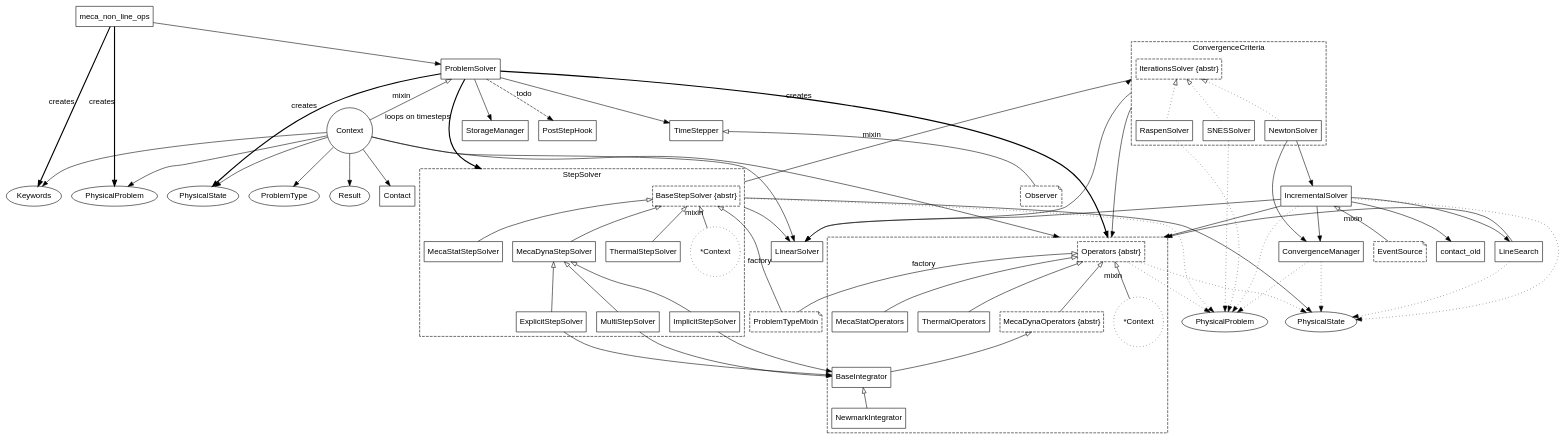
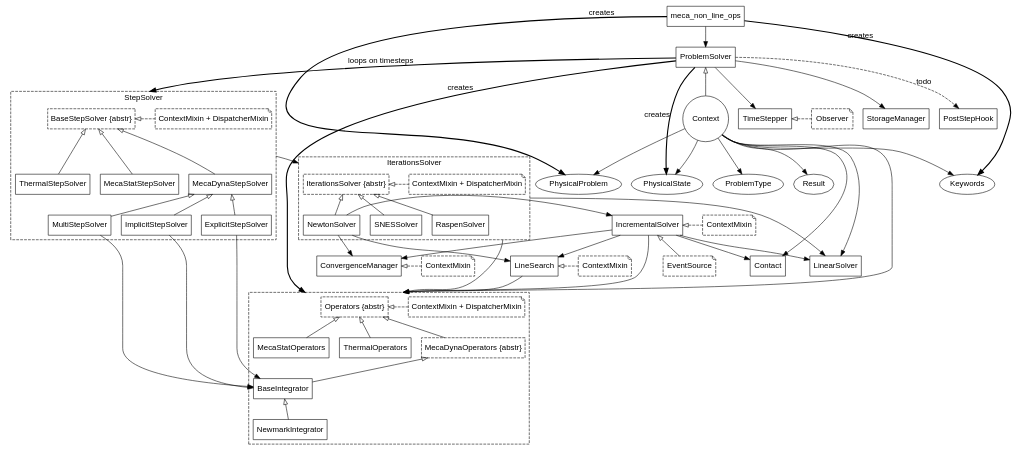
The diagram in doc/img/mnl.dot (Krande/code-aster-copy), drawn with Graphviz before and after one commit. The commit also changed 22 other files, not shown here.

```diff
--- a/doc/img/mnl.dot
+++ b/doc/img/mnl.dot
@@ -1,166 +1,174 @@
 digraph MNL {
     compound = "true";
-    // global: circle, dotted
+    // global+several pointers: circle
     // mixin: note, dashed
     // abstract: ' {abstr}', dashed
     labelloc = "t";
     fontname = "Helvetica,Arial,sans-serif";
     node [fontname = "Helvetica,Arial,sans-serif"; shape = "box";];
     edge [fontname = "Helvetica,Arial,sans-serif";];
     
     subgraph bases {
         keywords [label = "Keywords";shape = "ellipse";];
         problem [label = "PhysicalProblem";shape = "ellipse";];
         type [label = "ProblemType";shape = "ellipse";];
         state [label = "PhysicalState";shape = "ellipse";];
         result [label = "Result";shape = "ellipse";];
         contact [label = "Contact";];
         linsolv [label = "LinearSolver";];
         context [label = "Context";shape = "circle";];
         
         context -> problem;
         context -> type;
         context -> keywords;
         context -> state;
         context -> result;
         context -> operators [lhead = cluster_operators;];
         context -> contact;
         context -> linsolv;
     }
     
-    problem_old [label = "PhysicalProblem";shape = "ellipse";];
-    state_old [label = "PhysicalState";shape = "ellipse";];
-    
     mnl [label = "meca_non_line_ops";];
     pbsolv [label = "ProblemSolver";];
     timestepper [label = "TimeStepper";];
     storage [label = "StorageManager";];
-    linesearch [label = "LineSearch";];
-    conv_manager [label = "ConvergenceManager";];
     hook [label = "PostStepHook";];
-    incr_solv [label = "IncrementalSolver";];
     
     observ [label = "Observer";style = "dashed";shape = "note";];
     event [label = "EventSource";style = "dashed";shape = "note";];
-    dispatch [label = "ProblemTypeMixin";style = "dashed";shape = "note";];
     
     subgraph cluster_operators {
-        operators [label = "Operators {abstr}";style = "dashed";];
+        subgraph {
+            rank = "same";
+            operators [label = "Operators {abstr}";style = "dashed";];
+            mixin_oper [label = "ContextMixin + DispatcherMixin";style = "dashed";shape = "note";];
+            operators -> mixin_oper [dir = "back"; style = "dashed"; arrowtail = "empty";];
+        }
         style = "dashed";
         subgraph {
             rank = "same";
             statopers [label = "MecaStatOperators";];
             theropers [label = "ThermalOperators";];
             dynopers [label = "MecaDynaOperators {abstr}";style = "dashed";];
         }
         integr [label = BaseIntegrator;];
         newmark [label = NewmarkIntegrator;];
-        context_op [label = "*Context";style = "dotted";shape = "circle";];
         
-        operators -> context_op [xlabel = "mixin"; dir = "back"; arrowtail = "empty";];
         // subclasses
         operators -> statopers [dir = "back"; arrowtail = "empty";];
         operators -> dynopers [dir = "back"; arrowtail = "empty";];
         operators -> theropers [dir = "back"; arrowtail = "empty";];
         
         dynopers -> integr [dir = "back"; arrowtail = "empty";];
         integr -> newmark [dir = "back"; arrowtail = "empty";];
     }
     
     subgraph cluster_stepsolv {
         label = "StepSolver";
         style = "dashed";
         subgraph {
             rank = "same";
             mecastat [label = "MecaStatStepSolver";];
             mecadyn [label = "MecaDynaStepSolver";];
             ther [label = "ThermalStepSolver";];
         }
-        stepsolv [label = "BaseStepSolver {abstr}";style = "dashed";];
+        subgraph {
+            rank = "same";
+            stepsolv [label = "BaseStepSolver {abstr}";style = "dashed";];
+            mixin_step [label = "ContextMixin + DispatcherMixin";style = "dashed";shape = "note";];
+            stepsolv -> mixin_step [dir = "back"; style = "dashed"; arrowtail = "empty";];
+        }
         // subclasses
         stepsolv -> mecastat [dir = "back"; arrowtail = "empty";];
         stepsolv -> mecadyn [dir = "back"; arrowtail = "empty";];
         stepsolv -> ther [dir = "back"; arrowtail = "empty";];
-        context_st [label = "*Context";style = "dotted";shape = "circle";];
-        stepsolv -> context_st [xlabel = "mixin"; dir = "back"; arrowtail = "empty";];
         
         implicit [label = "ImplicitStepSolver";];
         explicit [label = "ExplicitStepSolver";];
         multi [label = "MultiStepSolver";];
         
         // subclasses
         mecadyn -> implicit [dir = "back"; arrowtail = "empty";];
         mecadyn -> explicit [dir = "back"; arrowtail = "empty";];
         mecadyn -> multi [dir = "back"; arrowtail = "empty";];
         
         implicit -> integr;
         explicit -> integr;
         multi -> integr;
     }
     
     subgraph cluster_iter_solv {
-        label = ConvergenceCriteria;
+        label = IterationsSolver;
         style = "dashed";
-        
-        conv_criteria [label = "IterationsSolver {abstr}";style = "dashed";];
+        subgraph {
+            rank = "same";
+            iter_solver [label = "IterationsSolver {abstr}";style = "dashed";];
+            mixin_iter [label = "ContextMixin + DispatcherMixin";style = "dashed";shape = "note";];
+            iter_solver -> mixin_iter [dir = "back"; style = "dashed"; arrowtail = "empty";];
+        }
         // [style = invis]
         newton [label = "NewtonSolver";];
         snes [label = "SNESSolver";];
         raspen [label = "RaspenSolver";];
         
-        conv_criteria -> newton [dir = "back"; arrowtail = "empty"; style = "dotted";];
-        conv_criteria -> snes [dir = "back"; arrowtail = "empty"; style = "dotted";];
-        conv_criteria -> raspen [dir = "back"; arrowtail = "empty"; style = "dotted";];
+        iter_solver -> newton [dir = "back"; arrowtail = "empty";];
+        iter_solver -> snes [dir = "back"; arrowtail = "empty";];
+        iter_solver -> raspen [dir = "back"; arrowtail = "empty";];
     }
     
     mnl -> pbsolv;
     mnl -> keywords [xlabel = "creates"; style = "bold";];
     mnl -> problem [xlabel = "creates"; style = "bold";];
     
-    pbsolv -> context [xlabel = "mixin"; dir = "back"; arrowtail = "empty";];
+    pbsolv -> context [dir = "back"; arrowtail = "empty";];
     pbsolv -> state [xlabel = "creates"; style = "bold";];
     pbsolv -> operators [xlabel = "creates"; style = "bold"; lhead = cluster_operators;];
     pbsolv -> timestepper;
     pbsolv -> storage;
     pbsolv -> stepsolv [xlabel = "loops on timesteps"; lhead = cluster_stepsolv; style = "bold";];
     pbsolv -> hook [label = "todo"; style = "dashed";];
     
-    stepsolv -> problem_old [style = "dotted"; ltail = cluster_stepsolv;];
-    stepsolv -> dispatch [xlabel = "factory"; dir = "back"; arrowtail = "empty";];
+    stepsolv -> iter_solver [ltail = cluster_stepsolv; lhead = cluster_iter_solv;];
     
-    stepsolv -> state_old [ltail = cluster_stepsolv;];
-    stepsolv -> linsolv [ltail = cluster_stepsolv;];
-    stepsolv -> conv_criteria [ltail = cluster_stepsolv; lhead = cluster_iter_solv;];
-    
-    conv_criteria -> linsolv [ltail = cluster_iter_solv;];
-    conv_criteria -> operators [ltail = cluster_iter_solv; lhead = cluster_operators;];
-    snes -> incr_solv [style = "invis";];
+    iter_solver -> linsolv [ltail = cluster_iter_solv;];
+    iter_solver -> operators [ltail = cluster_iter_solv; lhead = cluster_operators;];
     
     newton -> incr_solv;
+    newton -> linesearch;
     newton -> conv_manager;
+    
+    subgraph {
+        rank = "same";
+        incr_solv [label = "IncrementalSolver";];
+        mixin_incr [label = "ContextMixin";style = "dashed";shape = "note";];
+        incr_solv -> mixin_incr [dir = "back"; style = "dashed"; arrowtail = "empty";];
+    }
     incr_solv -> linesearch;
-    incr_solv -> contact_old;
+    incr_solv -> contact;
     incr_solv -> operators [lhead = cluster_operators;];
     incr_solv -> linsolv;
     incr_solv -> conv_manager;
-    incr_solv -> event [xlabel = "mixin"; dir = "back"; arrowtail = "empty";];
-    incr_solv -> problem_old [style = "dotted";];
-    incr_solv -> state_old [style = "dotted";];
-    // integr -> state_old[style="dotted"];
-    linesearch -> state_old [style = "dotted";];
+    incr_solv -> event [dir = "back"; arrowtail = "empty";];
+    
+    subgraph {
+        rank = "same";
+        linesearch [label = "LineSearch";];
+        mixin_line [label = "ContextMixin";style = "dashed";shape = "note";];
+        linesearch -> mixin_line [dir = "back"; style = "dashed"; arrowtail = "empty";];
+    }
     linesearch -> operators [lhead = cluster_operators;];
     
-    operators -> dispatch [xlabel = "factory"; dir = "back"; arrowtail = "empty";];
-    operators -> problem_old [style = "dotted";];
-    operators -> state_old [style = "dotted";];
+    subgraph {
+        rank = "same";
+        conv_manager [label = "ConvergenceManager";];
+        mixin_conv [label = "ContextMixin";style = "dashed";shape = "note";];
+        conv_manager -> mixin_conv [dir = "back"; style = "dashed"; arrowtail = "empty";];
+    }
     
-    conv_manager -> problem_old [style = "dotted";];
-    conv_manager -> state_old [style = "dotted";];
-    snes -> problem_old [style = "dotted";];
-    raspen -> problem_old [style = "dotted";];
-    
-    timestepper -> observ [xlabel = "mixin"; dir = "back"; arrowtail = "empty";];
-    
+    subgraph {
+        rank = "same";
+        timestepper -> observ [dir = "back"; style = "dashed"; arrowtail = "empty";];
+    }
     // placement
-    timestepper -> stepsolv [style = "invis";];
+    // timestepper -> stepsolv [style = "invis";];
 }
```
